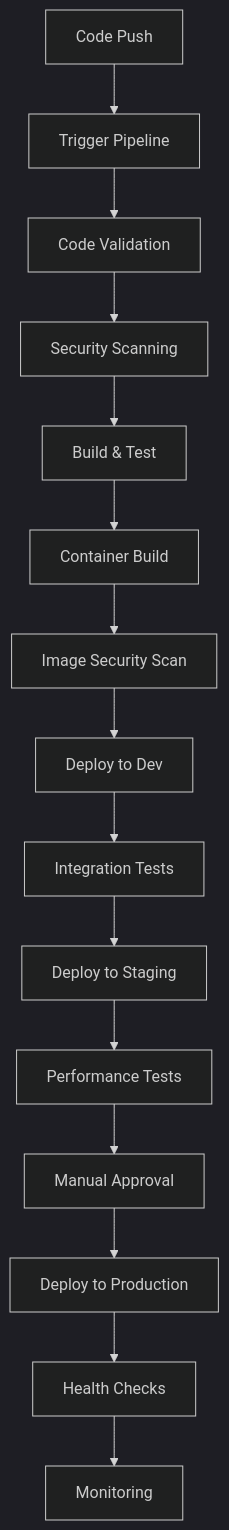
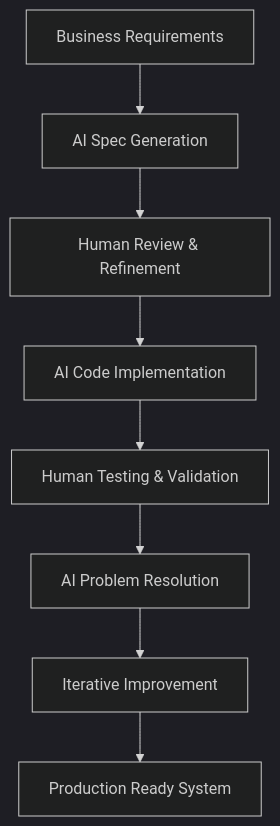
One commit to suhas-svg/financial-backend-services changed the diagram in .github/README.md. Above: the diagram before and after it, drawn with Mermaid (dark theme). The commit also changed other lines of this file, not shown here.

````diff
--- a/.github/README.md
+++ b/.github/README.md
@@ -152,17 +96,10 @@
 ```mermaid
-graph TB
-    A[Code Push] --> B[Trigger Pipeline]
-    B --> C[Code Validation]
-    C --> D[Security Scanning]
-    D --> E[Build & Test]
-    E --> F[Container Build]
-    F --> G[Image Security Scan]
-    G --> H[Deploy to Dev]
-    H --> I[Integration Tests]
-    I --> J[Deploy to Staging]
-    J --> K[Performance Tests]
-    K --> L[Manual Approval]
-    L --> M[Deploy to Production]
-    M --> N[Health Checks]
-    N --> O[Monitoring]
+graph TD
+    A[Business Requirements] --> B[AI Spec Generation]
+    B --> C[Human Review & Refinement]
+    C --> D[AI Code Implementation]
+    D --> E[Human Testing & Validation]
+    E --> F[AI Problem Resolution]
+    F --> G[Iterative Improvement]
+    G --> H[Production Ready System]
 ```
````
